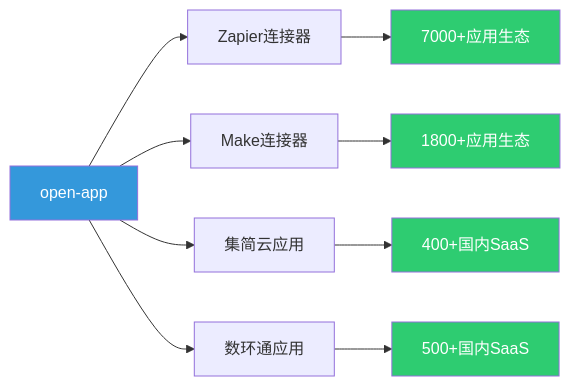
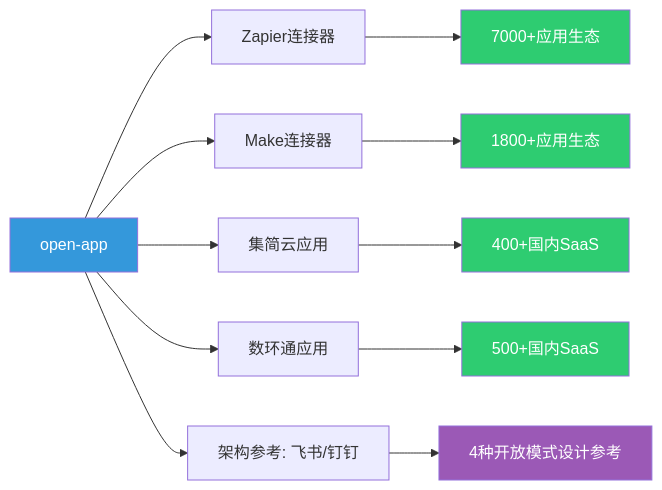
Before and after one commit to THZSummer/open-app: the seventh of 10 diagrams in docs/software-connector-platform-research/软件连接器平台汇总对比调研报告.md, drawn with Mermaid. The commit also changed other lines of this file and 2 other files, not shown here.

````diff
--- a/docs/software-connector-platform-research/软件连接器平台汇总对比调研报告.md
+++ b/docs/software-connector-platform-research/软件连接器平台汇总对比调研报告.md
@@ -698,18 +845,21 @@
 ```mermaid
 graph LR
     A[open-app] --> B[Zapier连接器]
     A --> C[Make连接器]
     A --> D[集简云应用]
     A --> E[数环通应用]
+    A --> F[架构参考: 飞书/钉钉]
     
     B --> B1[7000+应用生态]
     C --> C1[1800+应用生态]
     D --> D1[400+国内SaaS]
     E --> E1[500+国内SaaS]
+    F --> F1[4种开放模式设计参考]
     
     style A fill:#3498db,color:#fff
     style B1 fill:#2ecc71,color:#fff
     style C1 fill:#2ecc71,color:#fff
     style D1 fill:#2ecc71,color:#fff
     style E1 fill:#2ecc71,color:#fff
+    style F1 fill:#9b59b6,color:#fff
 ```
````
